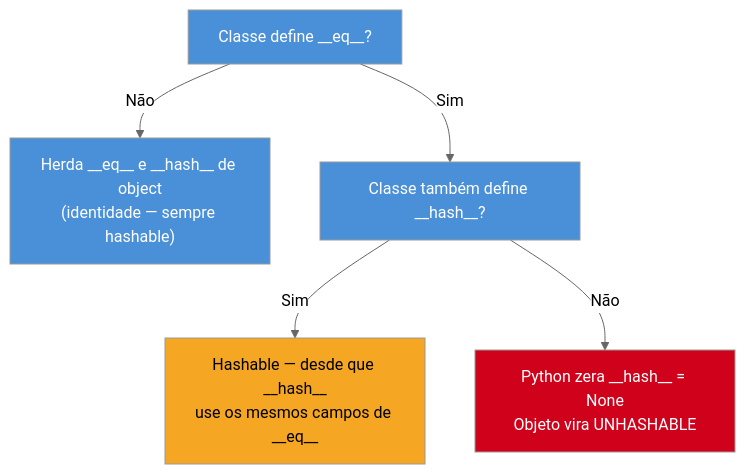
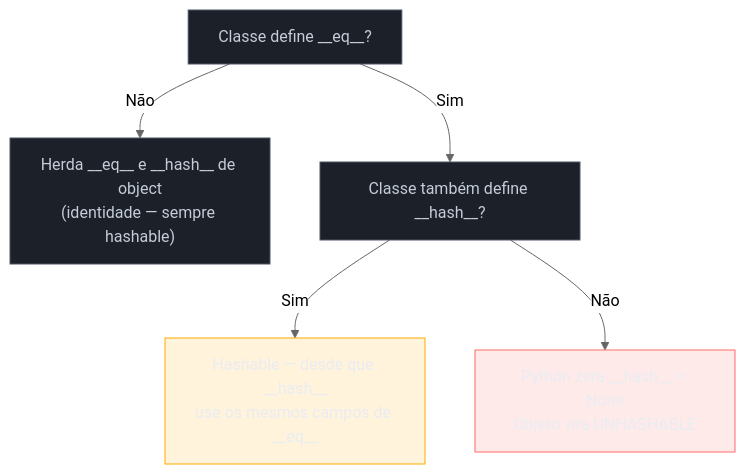
The second of 3 diagrams in 03-Dominios/Tecnologia/Python/OO e Data Model/03 - O Data Model — dunder methods essenciais.md (josenaldo/codex-technomanticus), drawn with Mermaid (neutral theme) before and after one commit. The commit also changed other lines of this file and 1181 other files, not shown here.

First line of the commit message:
fix(diagramas): paleta do sistema no lugar de cor cravada no markdown

````diff
--- a/03-Dominios/Tecnologia/Python/OO e Data Model/03 - O Data Model — dunder methods essenciais.md
+++ b/03-Dominios/Tecnologia/Python/OO e Data Model/03 - O Data Model — dunder methods essenciais.md
@@ -215,13 +217,16 @@
 ```mermaid
 flowchart TB
+    classDef neutro fill:#1B2029,stroke:#4E5666,color:#C6CCD8
+    classDef destaque fill:#FFAA0024,stroke:#FFAA00,color:#E9ECF2
+    classDef falha fill:#FF6B6B24,stroke:#FF6B6B,color:#E9ECF2
     A["Classe define __eq__?"] -->|"Não"| B["Herda __eq__ e __hash__ de object\n(identidade — sempre hashable)"]
     A -->|"Sim"| C["Classe também define __hash__?"]
     C -->|"Sim"| D["Hashable — desde que __hash__\nuse os mesmos campos de __eq__"]
     C -->|"Não"| E["Python zera __hash__ = None\nObjeto vira UNHASHABLE"]
 
-    style A fill:#4A90D9,color:#fff
-    style B fill:#4A90D9,color:#fff
-    style C fill:#4A90D9,color:#fff
-    style D fill:#F5A623,color:#000
-    style E fill:#D0021B,color:#fff
+    class A neutro
+    class B neutro
+    class C neutro
+    class D destaque
+    class E falha
 ```
````
